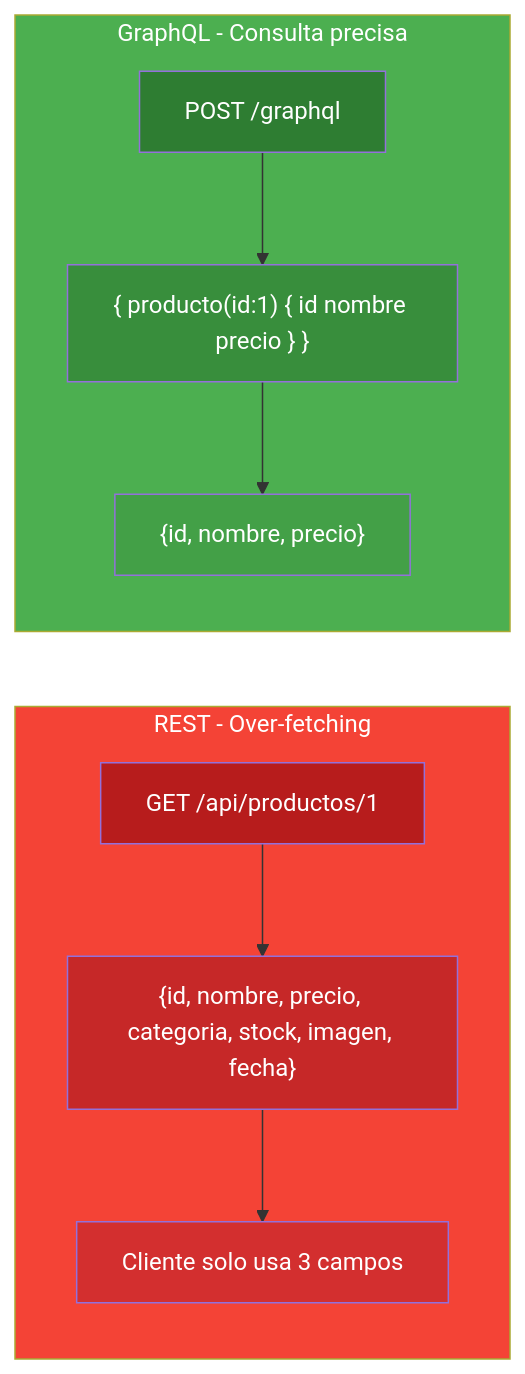
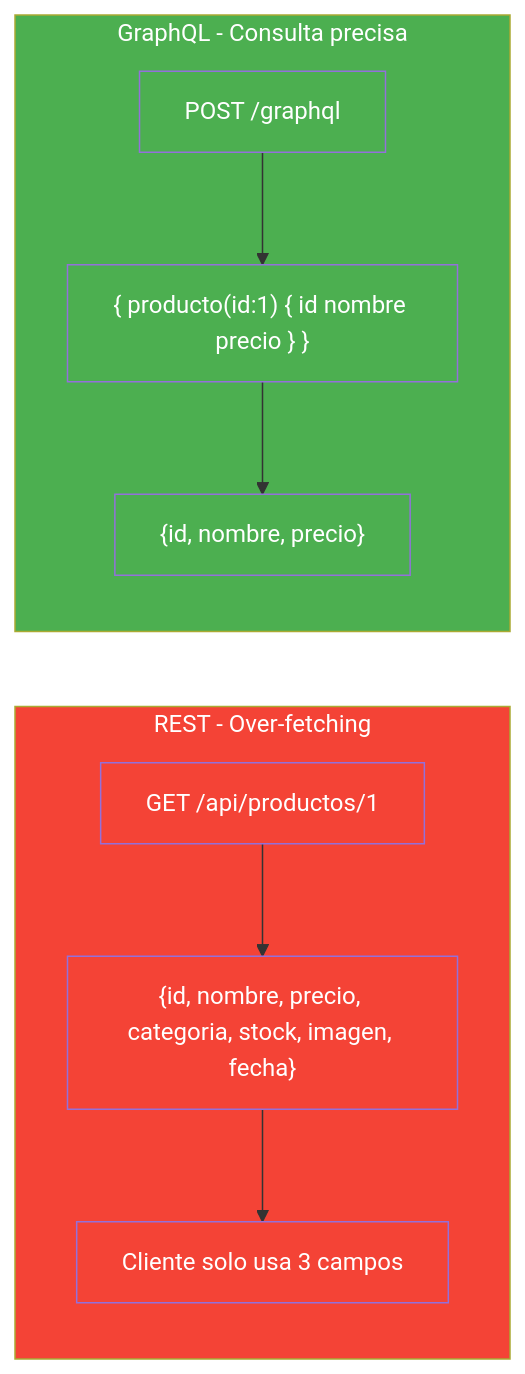
The first of 10 diagrams in 19-graphql.md (joseluisgs/DesarrolloWebEntornosServidor-02-2026-2027), drawn with Mermaid before and after one commit. The commit also changed other lines of this file and 3 other files, not shown here.

Commit message:
[fix] Actualizar estilos y contenido en los documentos de autenticación, autorización, WebSockets y GraphQL

````diff
--- a/19-graphql.md
+++ b/19-graphql.md
@@ -70,21 +71,21 @@
 ```mermaid
 graph LR
     subgraph REST["REST - Over-fetching"]
         R1["GET /api/productos/1"] --> R2["{id, nombre, precio, categoria, stock, imagen, fecha}"]
         R2 --> R3["Cliente solo usa 3 campos"]
     end
 
     subgraph GQL["GraphQL - Consulta precisa"]
         G1["POST /graphql"] --> G2["{ producto(id:1) { id nombre precio } }"]
         G2 --> G3["{id, nombre, precio}"]
     end
 
     style REST fill:#f44336,color:#fff
     style GQL fill:#4CAF50,color:#fff
-    style R1 fill:#B71C1C,color:#fff
-    style R2 fill:#C62828,color:#fff
-    style R3 fill:#D32F2F,color:#fff
-    style G1 fill:#2E7D32,color:#fff
-    style G2 fill:#388E3C,color:#fff
-    style G3 fill:#43A047,color:#fff
+    style R1 fill:#f44336,color:#fff
+    style R2 fill:#f44336,color:#fff
+    style R3 fill:#f44336,color:#fff
+    style G1 fill:#4CAF50,color:#fff
+    style G2 fill:#4CAF50,color:#fff
+    style G3 fill:#4CAF50,color:#fff
 ```
````
